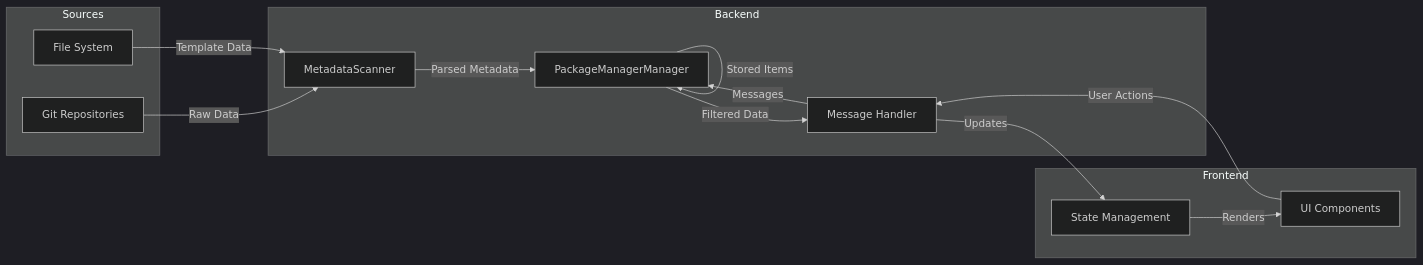
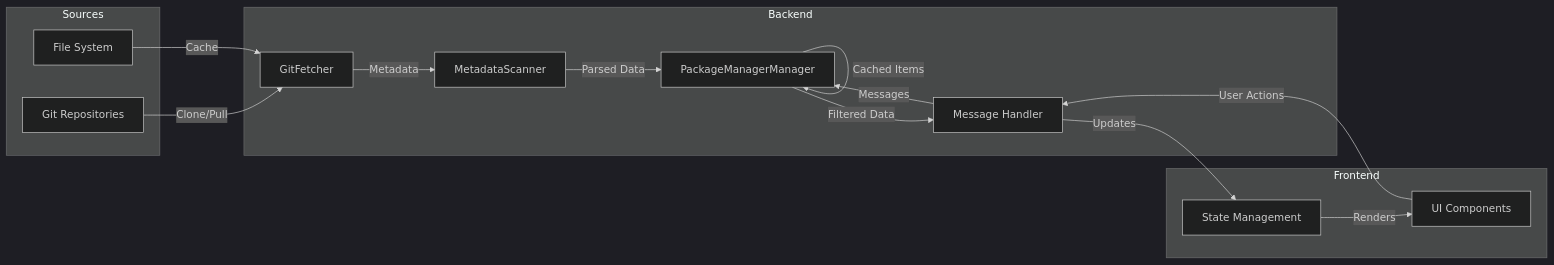
The second of 5 diagrams in cline_docs/package-manager/implementation/01-architecture.md (Smartsheet-JB-Brown/Roo-Code), drawn with Mermaid (dark theme) before and after one commit. The commit also changed other lines of this file and 3 other files, not shown here.

````diff
--- a/cline_docs/package-manager/implementation/01-architecture.md
+++ b/cline_docs/package-manager/implementation/01-architecture.md
@@ -57,28 +61,30 @@
 ```mermaid
 graph LR
     subgraph Sources
         GR[Git Repositories]
         FS[File System]
     end
 
     subgraph Backend
+        GF[GitFetcher]
         MS[MetadataScanner]
         PM[PackageManagerManager]
         MH[Message Handler]
     end
 
     subgraph Frontend
         UI[UI Components]
         State[State Management]
     end
 
-    GR -->|Raw Data| MS
-    FS -->|Template Data| MS
-    MS -->|Parsed Metadata| PM
-    PM -->|Stored Items| PM
+    GR -->|Clone/Pull| GF
+    FS -->|Cache| GF
+    GF -->|Metadata| MS
+    MS -->|Parsed Data| PM
+    PM -->|Cached Items| PM
     UI -->|User Actions| MH
     MH -->|Messages| PM
     PM -->|Filtered Data| MH
     MH -->|Updates| State
     State -->|Renders| UI
 ```
````
